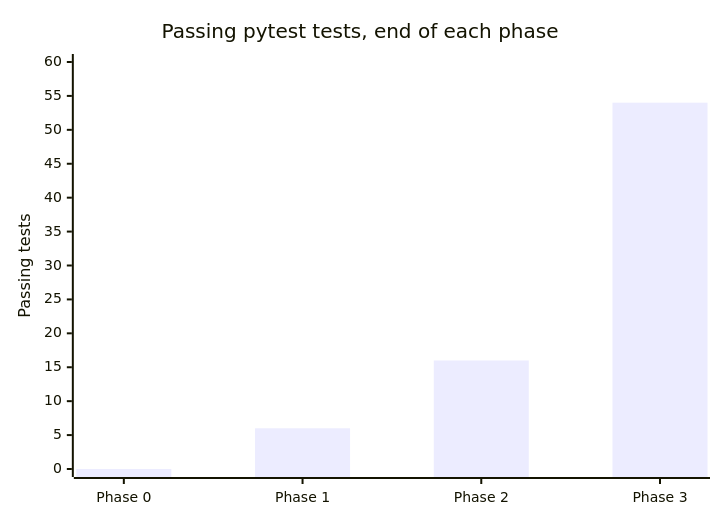
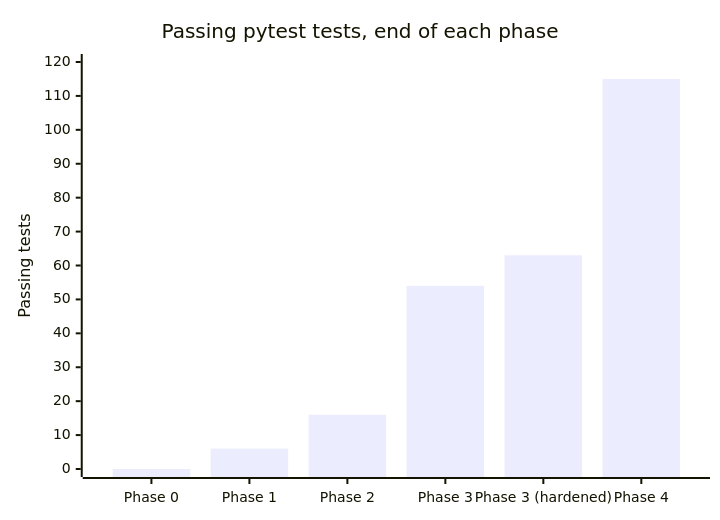
The first of 2 diagrams in documentations/tests/README.md (luicsw/Trader), drawn with Mermaid before and after one commit. The commit also changed other lines of this file and 45 other files, not shown here.

````diff
--- a/documentations/tests/README.md
+++ b/documentations/tests/README.md
@@ -16,7 +17,7 @@
 ```mermaid
 xychart-beta
     title "Passing pytest tests, end of each phase"
-    x-axis ["Phase 0", "Phase 1", "Phase 2", "Phase 3"]
-    y-axis "Passing tests" 0 --> 60
-    bar [0, 6, 16, 54]
+    x-axis ["Phase 0", "Phase 1", "Phase 2", "Phase 3", "Phase 3 (hardened)", "Phase 4"]
+    y-axis "Passing tests" 0 --> 120
+    bar [0, 6, 16, 54, 63, 115]
 ```
````
